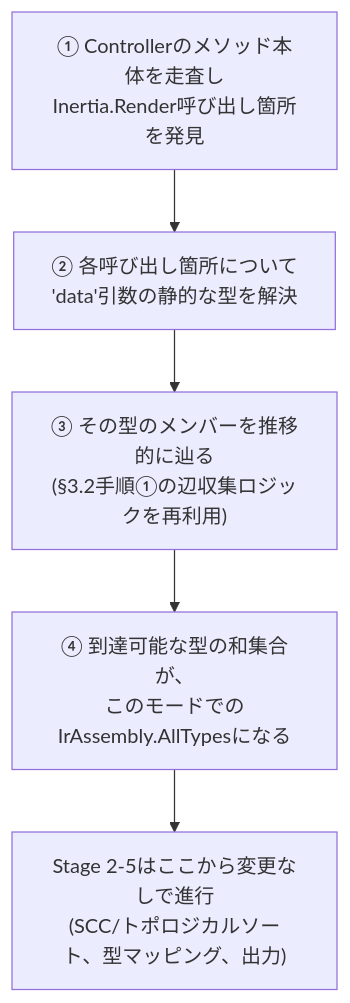
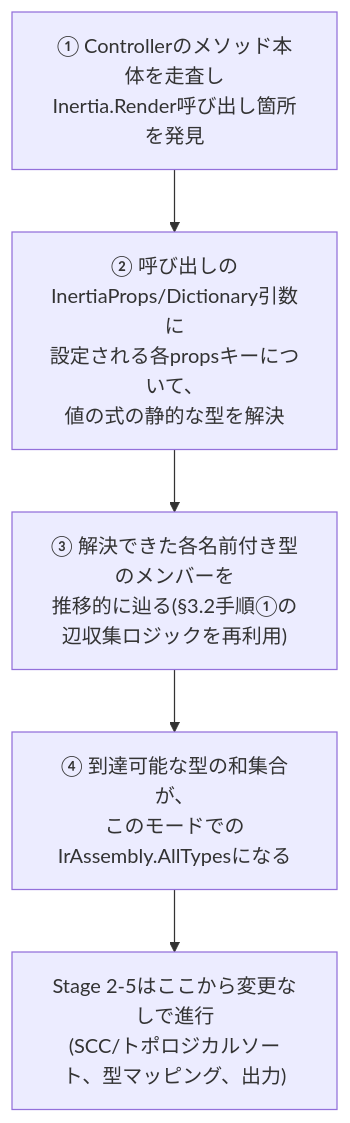
Before and after one commit to tankoha/oxygene-tsgen: the fourth of 5 diagrams in docs/DESIGN_jp.md, drawn with Mermaid. The commit also changed other lines of this file and 4 other files, not shown here.

````diff
--- a/docs/DESIGN_jp.md
+++ b/docs/DESIGN_jp.md
@@ -340,7 +347,7 @@
 ```mermaid
 flowchart TD
-    A["① Controllerのメソッド本体を走査し<br/>Inertia.Render呼び出し箇所を発見"] --> B["② 各呼び出し箇所について<br/>'data'引数の静的な型を解決"]
-    B --> C["③ その型のメンバーを推移的に辿る<br/>(§3.2手順①の辺収集ロジックを再利用)"]
+    A["① Controllerのメソッド本体を走査し<br/>Inertia.Render呼び出し箇所を発見"] --> B["② 呼び出しのInertiaProps/Dictionary引数に<br/>設定される各propsキーについて、<br/>値の式の静的な型を解決"]
+    B --> C["③ 解決できた各名前付き型のメンバーを<br/>推移的に辿る(§3.2手順①の辺収集ロジックを再利用)"]
     C --> D["④ 到達可能な型の和集合が、<br/>このモードでのIrAssembly.AllTypesになる"]
     D --> E["Stage 2-5はここから変更なしで進行<br/>(SCC/トポロジカルソート、型マッピング、出力)"]
 ```
````
